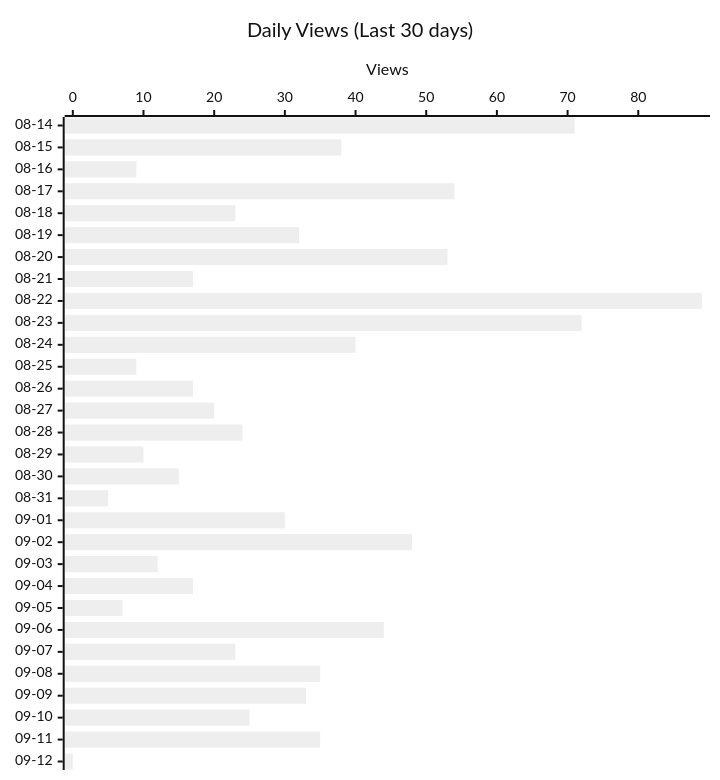
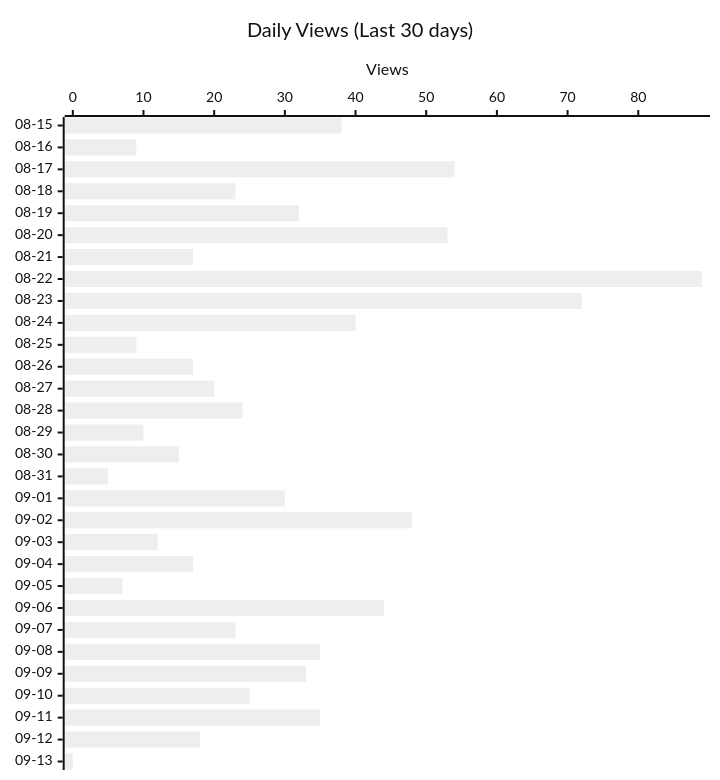
One commit to shigechika/github-insights changed the second of 4 diagrams in README.md. Above: the diagram before and after it, drawn with Mermaid (neutral theme). The commit also changed other lines of this file and 2 other files, not shown here.

````diff
--- a/README.md
+++ b/README.md
@@ -28,12 +28,12 @@
 ```mermaid
 ---
 config:
   xyChart:
     height: 760
 ---
 xychart-beta horizontal
     title "Daily Views (Last 30 days)"
-    x-axis ["08-14", "08-15", "08-16", "08-17", "08-18", "08-19", "08-20", "08-21", "08-22", "08-23", "08-24", "08-25", "08-26", "08-27", "08-28", "08-29", "08-30", "08-31", "09-01", "09-02", "09-03", "09-04", "09-05", "09-06", "09-07", "09-08", "09-09", "09-10", "09-11", "09-12"]
+    x-axis ["08-15", "08-16", "08-17", "08-18", "08-19", "08-20", "08-21", "08-22", "08-23", "08-24", "08-25", "08-26", "08-27", "08-28", "08-29", "08-30", "08-31", "09-01", "09-02", "09-03", "09-04", "09-05", "09-06", "09-07", "09-08", "09-09", "09-10", "09-11", "09-12", "09-13"]
     y-axis "Views"
-    bar [71, 38, 9, 54, 23, 32, 53, 17, 89, 72, 40, 9, 17, 20, 24, 10, 15, 5, 30, 48, 12, 17, 7, 44, 23, 35, 33, 25, 35, 0]
+    bar [38, 9, 54, 23, 32, 53, 17, 89, 72, 40, 9, 17, 20, 24, 10, 15, 5, 30, 48, 12, 17, 7, 44, 23, 35, 33, 25, 35, 18, 0]
 ```
````
